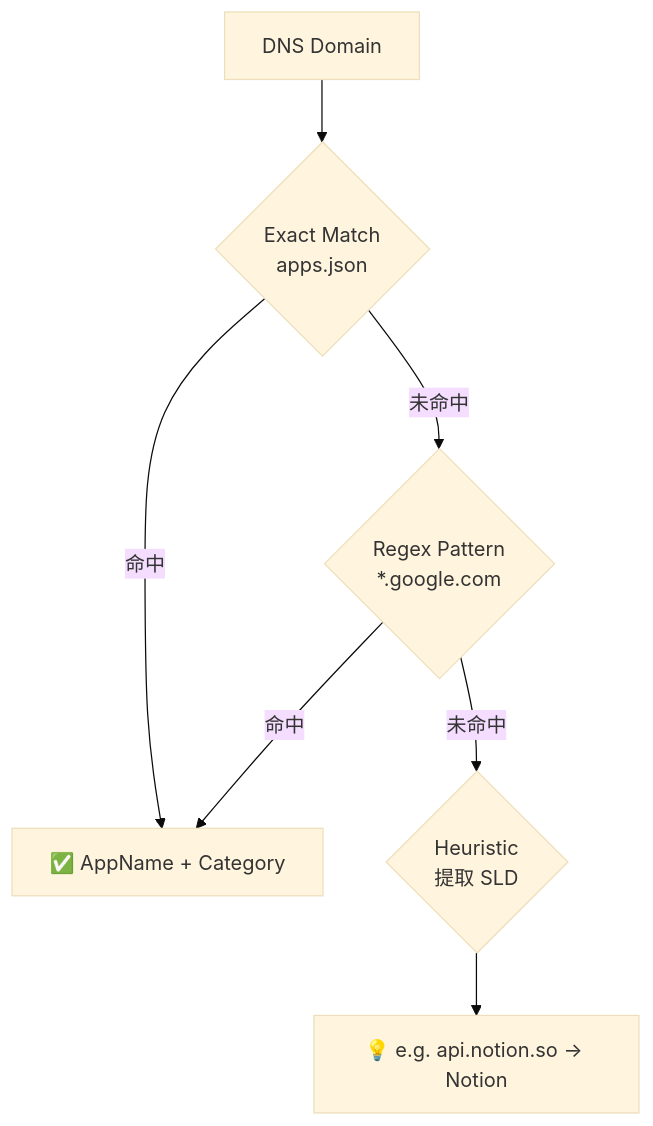
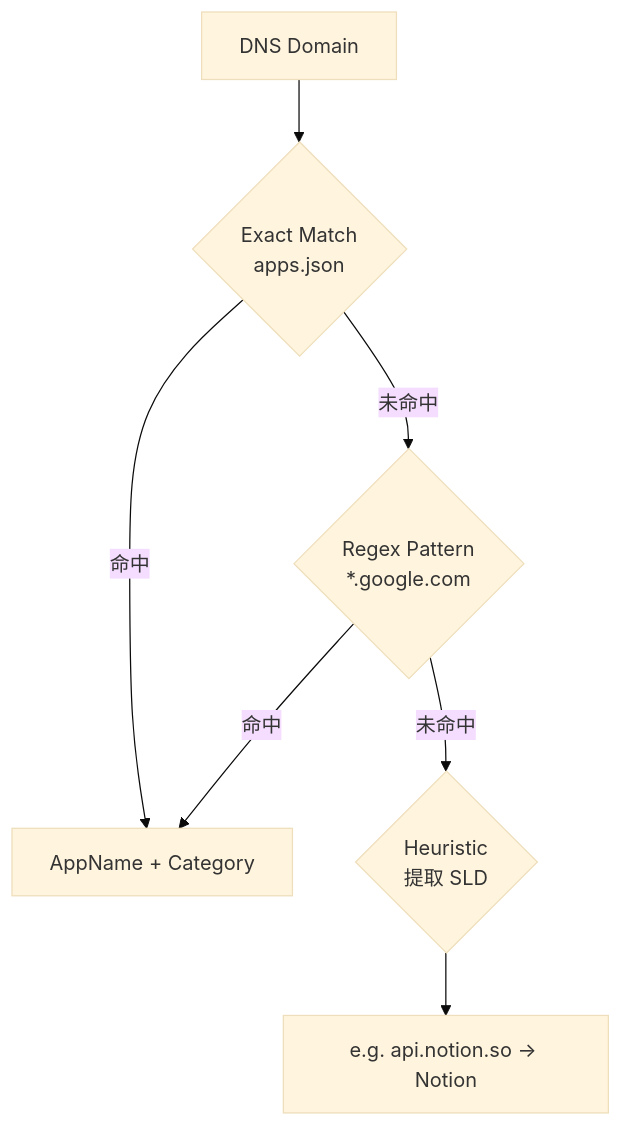
Before and after one commit to zeroflare/ocf-srrt: the first of 2 diagrams in doc/08_concepts.md, drawn with Mermaid (base theme). The commit also changed other lines of this file and 46 other files, not shown here.

````diff
--- a/doc/08_concepts.md
+++ b/doc/08_concepts.md
@@ -13,9 +11,9 @@
 ```mermaid
 graph TD
     Domain["DNS Domain"] --> Exact{"Exact Match<br/>apps.json"}
-    Exact -->|命中| Result["✅ AppName + Category"]
+    Exact -->|命中| Result["AppName + Category"]
     Exact -->|未命中| Regex{"Regex Pattern<br/>*.google.com"}
     Regex -->|命中| Result
     Regex -->|未命中| Heuristic{"Heuristic<br/>提取 SLD"}
-    Heuristic --> Guess["💡 e.g. api.notion.so → Notion"]
+    Heuristic --> Guess["e.g. api.notion.so → Notion"]
 ```
````
